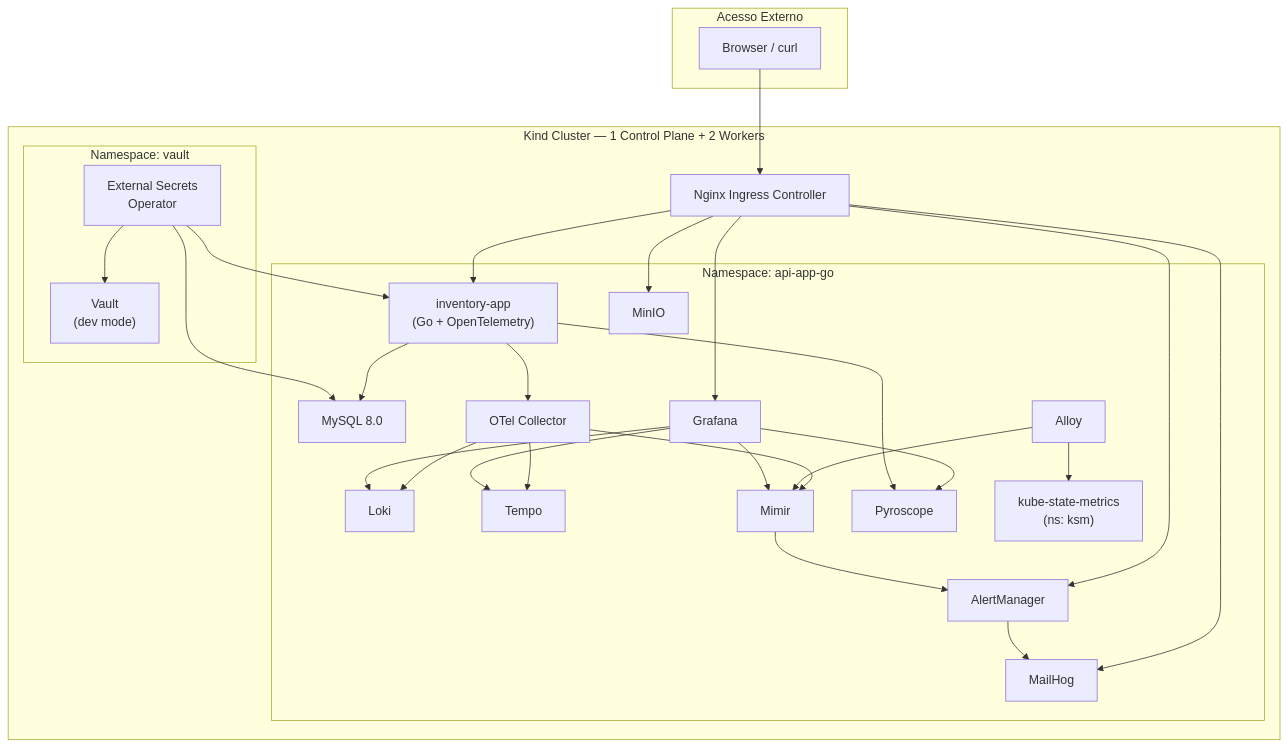
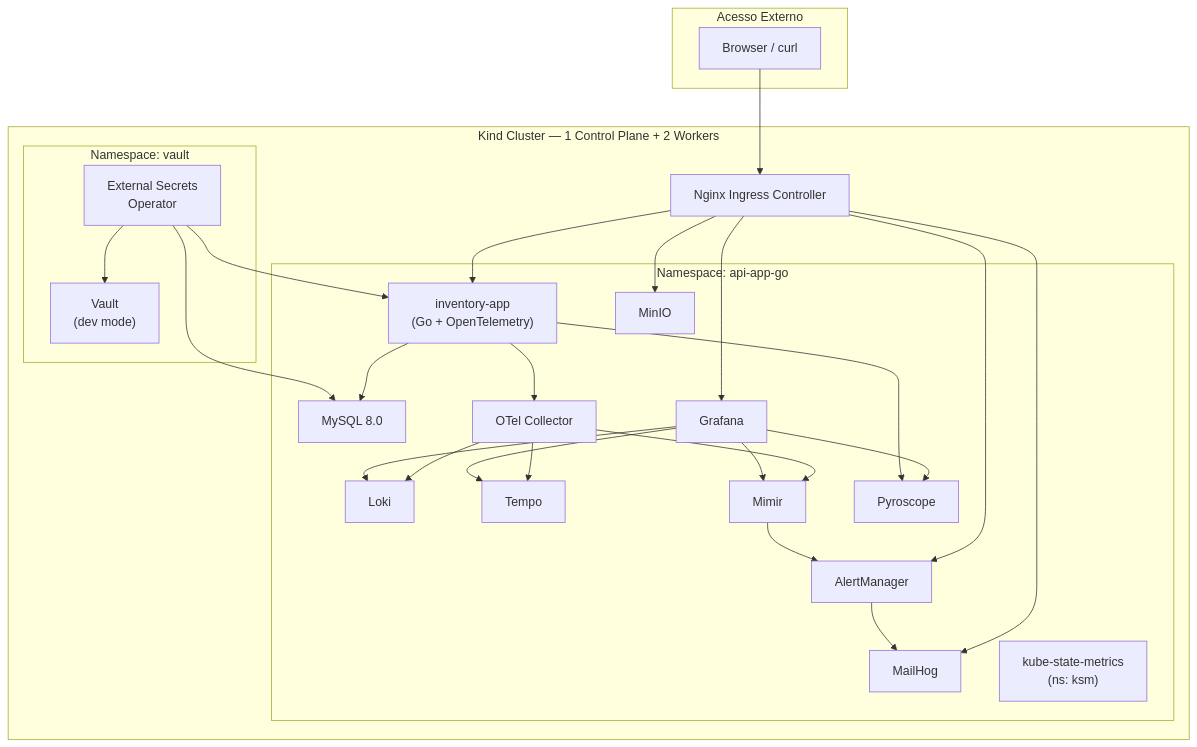
Before and after one commit to gab-796/infra-tech-challenge-teachy: the first of 5 diagrams in docs/architecture.md, drawn with Mermaid. The commit also changed other lines of this file and 7 other files, not shown here.

````diff
--- a/docs/architecture.md
+++ b/docs/architecture.md
@@ -5,62 +5,58 @@
 ```mermaid
 graph TB
     subgraph Internet["Acesso Externo"]
         Browser["Browser / curl"]
     end
 
     subgraph Kind["Kind Cluster — 1 Control Plane + 2 Workers"]
         Ingress["Nginx Ingress Controller"]
 
         subgraph NS_APP["Namespace: api-app-go"]
             App["inventory-app\n(Go + OpenTelemetry)"]
             MySQL["MySQL 8.0"]
             OTel["OTel Collector"]
             Grafana["Grafana"]
             Loki["Loki"]
             Tempo["Tempo"]
             Mimir["Mimir"]
             Pyroscope["Pyroscope"]
-            Alloy["Alloy"]
             MinIO["MinIO"]
             AlertMgr["AlertManager"]
             MailHog["MailHog"]
             KSM["kube-state-metrics\n(ns: ksm)"]
         end
 
         subgraph NS_VAULT["Namespace: vault"]
             Vault["Vault\n(dev mode)"]
             ESO["External Secrets\nOperator"]
         end
     end
 
     Browser --> Ingress
     Ingress --> App
     Ingress --> Grafana
     Ingress --> AlertMgr
     Ingress --> MailHog
     Ingress --> MinIO
 
     App --> MySQL
     App --> OTel
 
     ESO --> Vault
     ESO --> App
     ESO --> MySQL
 
     OTel --> Tempo
     OTel --> Mimir
     OTel --> Loki
 
-    Alloy --> Mimir
-    Alloy --> KSM
-
     Grafana --> Loki
     Grafana --> Tempo
     Grafana --> Mimir
     Grafana --> Pyroscope
 
     App --> Pyroscope
 
     Mimir --> AlertMgr
     AlertMgr --> MailHog
 ```
````
